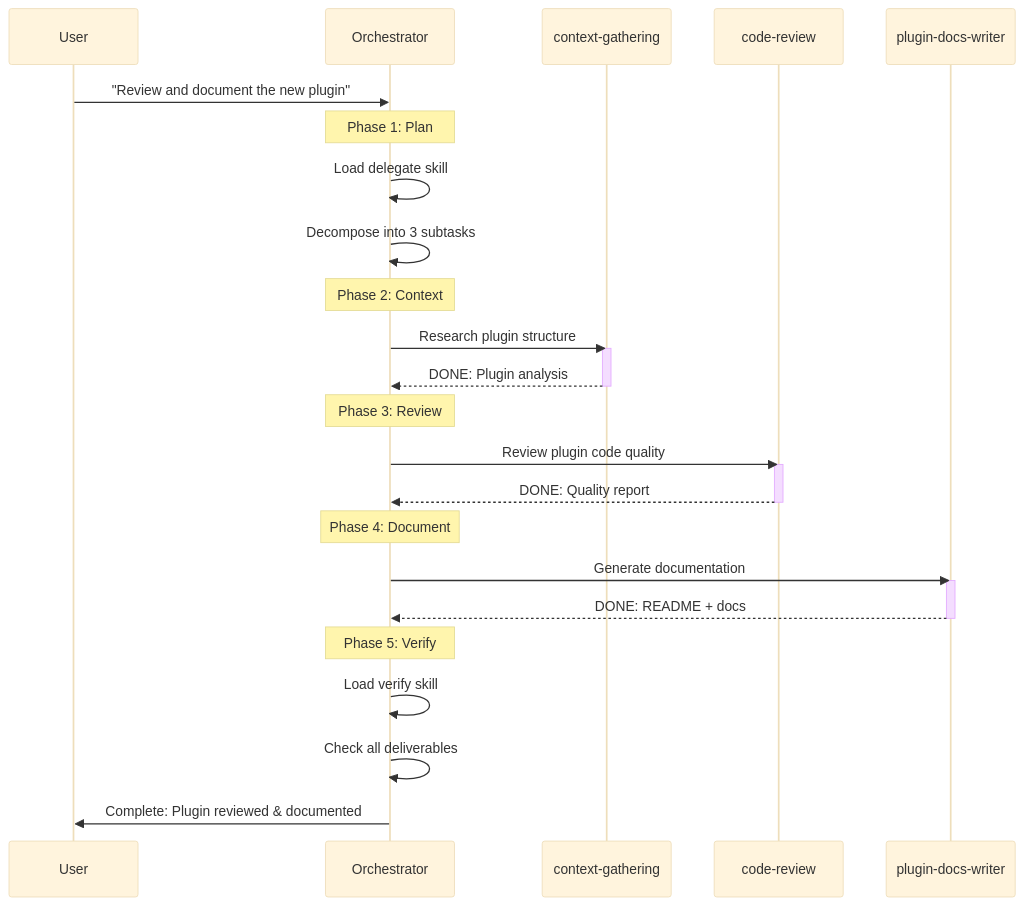
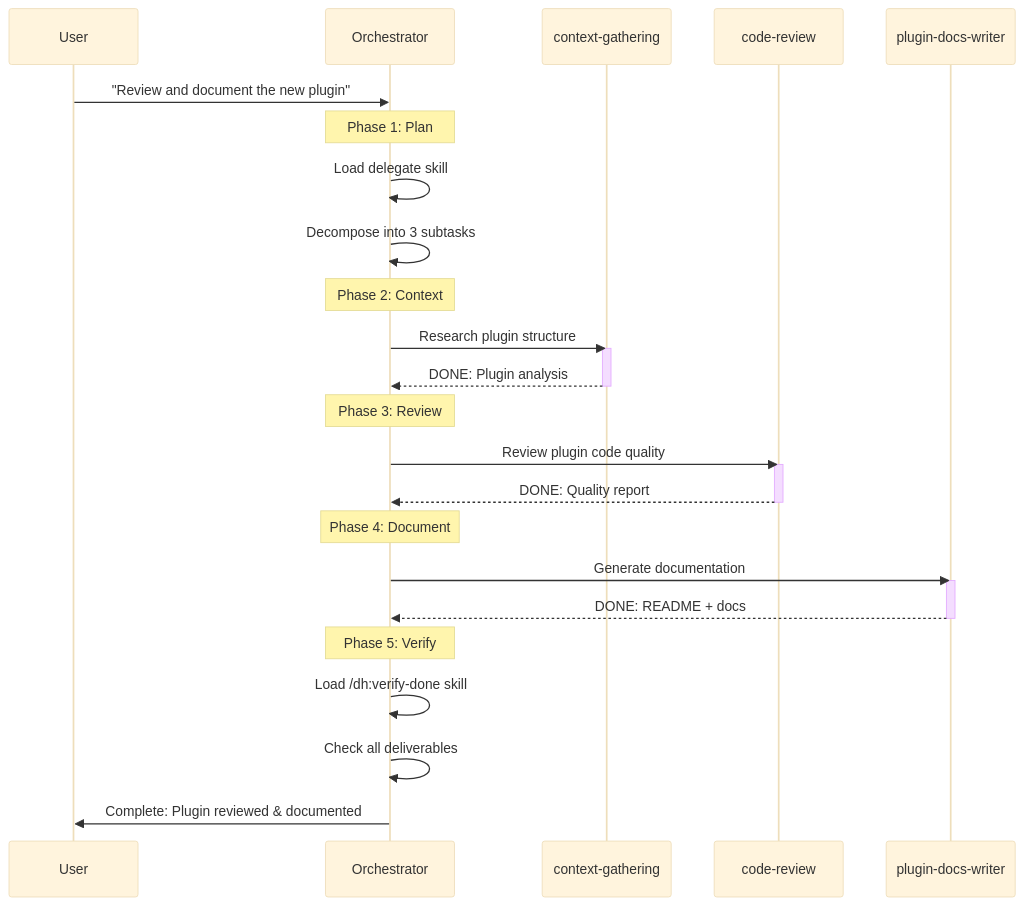
Before and after one commit to chgreer1070/claude_skills: the ninth of 10 diagrams in .claude/knowledge/workflow-diagrams/multi-agent-orchestration.md, drawn with Mermaid (base theme). The commit also changed other lines of this file and 34 other files, not shown here.

````diff
--- a/.claude/knowledge/workflow-diagrams/multi-agent-orchestration.md
+++ b/.claude/knowledge/workflow-diagrams/multi-agent-orchestration.md
@@ -281,38 +281,38 @@
 ```mermaid
 sequenceDiagram
     participant U as User
     participant O as Orchestrator
     participant CG as context-gathering
     participant CR as code-review
     participant PD as plugin-docs-writer
 
     U->>O: "Review and document the new plugin"
 
     Note over O: Phase 1: Plan
     O->>O: Load delegate skill
     O->>O: Decompose into 3 subtasks
 
     Note over O: Phase 2: Context
     O->>CG: Research plugin structure
     activate CG
     CG-->>O: DONE: Plugin analysis
     deactivate CG
 
     Note over O: Phase 3: Review
     O->>CR: Review plugin code quality
     activate CR
     CR-->>O: DONE: Quality report
     deactivate CR
 
     Note over O: Phase 4: Document
     O->>PD: Generate documentation
     activate PD
     PD-->>O: DONE: README + docs
     deactivate PD
 
     Note over O: Phase 5: Verify
-    O->>O: Load verify skill
+    O->>O: Load /dh:verify-done skill
     O->>O: Check all deliverables
 
     O->>U: Complete: Plugin reviewed & documented
 ```
````
